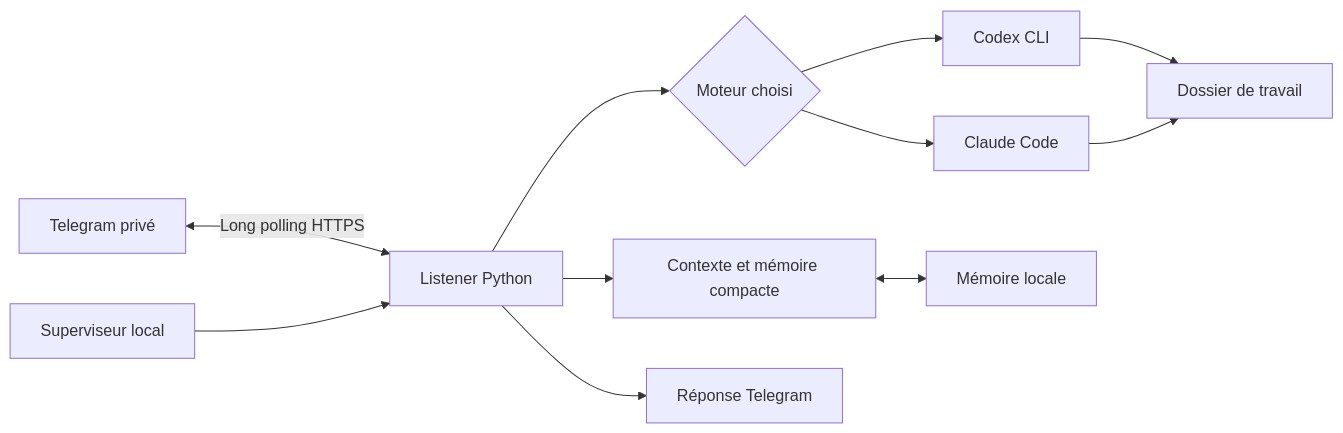
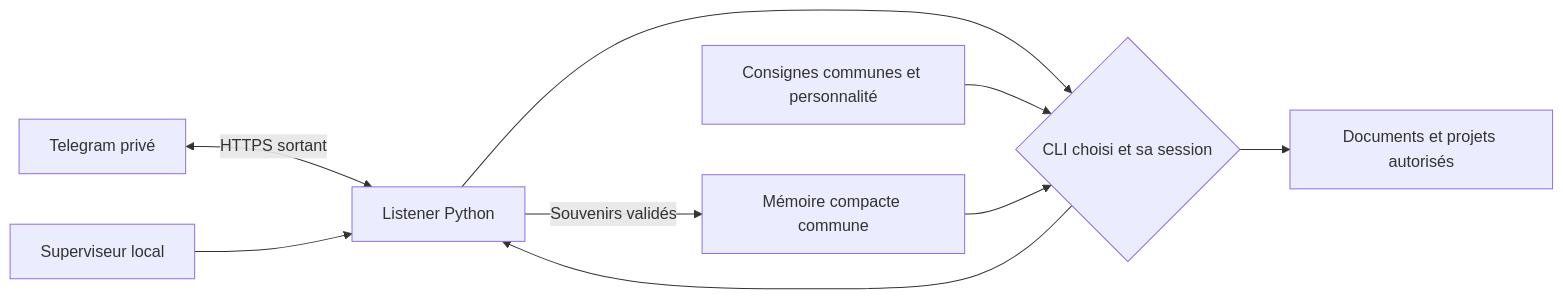
Before and after one commit to tiasslevo/vibe-claw-light: the diagram in docs/ARCHITECTURE.md, drawn with Mermaid. The commit also changed other lines of this file and 29 other files, not shown here.

````diff
--- a/docs/ARCHITECTURE.md
+++ b/docs/ARCHITECTURE.md
@@ -5,13 +5,11 @@
 ```mermaid
 flowchart LR
-    T[Telegram privé] <-->|Long polling HTTPS| L[Listener Python]
+    T[Telegram privé] <-->|HTTPS sortant| L[Listener Python]
     S[Superviseur local] --> L
-    L --> P[Contexte et mémoire compacte]
-    L --> C{Moteur choisi}
-    C --> X[Codex CLI]
-    C --> A[Claude Code]
-    X --> W[Dossier de travail]
-    A --> W
-    P <--> M[Mémoire locale]
-    L --> R[Réponse Telegram]
+    L --> C{CLI choisi et sa session}
+    I[Consignes communes et personnalité] --> C
+    M[Mémoire compacte commune] --> C
+    C --> W[Documents et projets autorisés]
+    C --> L
+    L -->|Souvenirs validés| M
 ```
````
